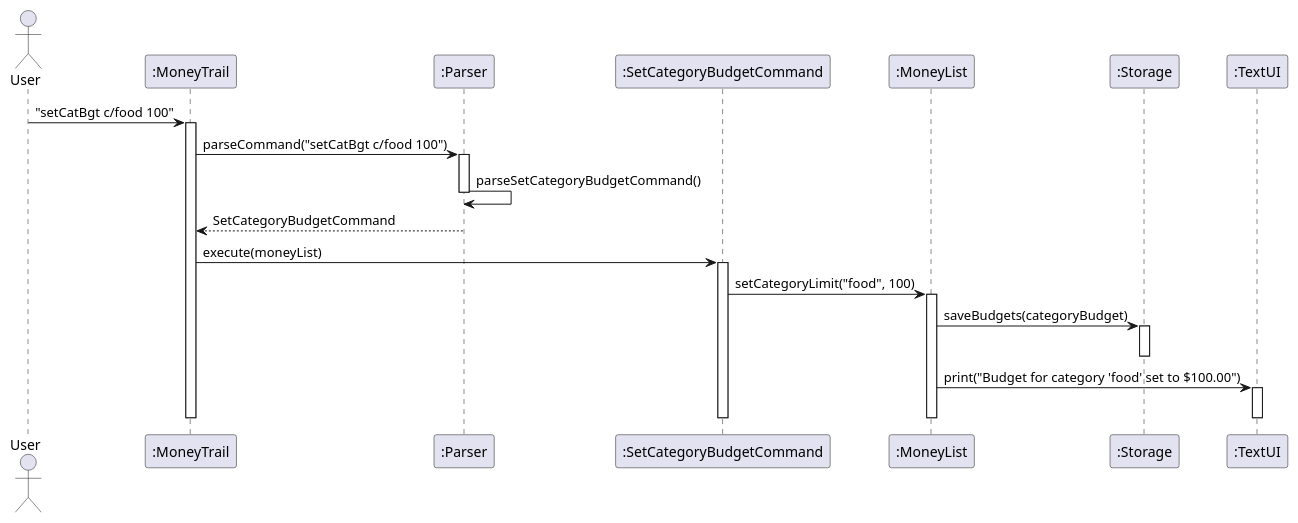
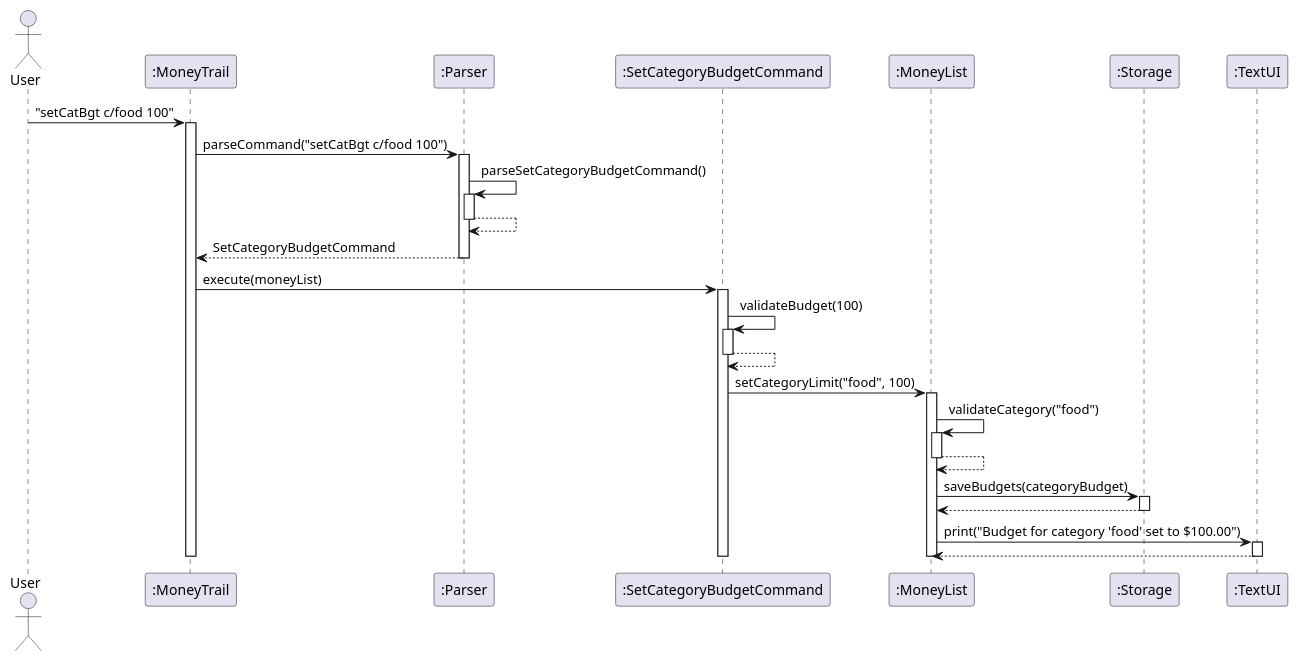
The diagram in docs/diagrams/Set_Category_Budget.puml (EdwinTun98/tp), drawn with PlantUML before and after one commit. The commit also changed 1 other file, not shown here.

```diff
--- a/docs/diagrams/Set_Category_Budget.puml
+++ b/docs/diagrams/Set_Category_Budget.puml
@@ -1,35 +1,53 @@
 @startuml
 actor User
 participant MoneyTrail as ":MoneyTrail"
 participant Parser as ":Parser"
 participant SetCategoryBudgetCommand as ":SetCategoryBudgetCommand"
 participant MoneyList as ":MoneyList"
 participant Storage as ":Storage"
 participant TextUI as ":TextUI"
 
 User -> MoneyTrail : "setCatBgt c/food 100"
 activate MoneyTrail
 
 MoneyTrail -> Parser : parseCommand("setCatBgt c/food 100")
 activate Parser
+
 Parser -> Parser : parseSetCategoryBudgetCommand()
+activate Parser
+Parser --> Parser
 deactivate Parser
+
 Parser --> MoneyTrail : SetCategoryBudgetCommand
+deactivate Parser
 
 MoneyTrail -> SetCategoryBudgetCommand : execute(moneyList)
 activate SetCategoryBudgetCommand
+
+SetCategoryBudgetCommand -> SetCategoryBudgetCommand: validateBudget(100)
+activate SetCategoryBudgetCommand
+SetCategoryBudgetCommand --> SetCategoryBudgetCommand
+deactivate SetCategoryBudgetCommand
+
 SetCategoryBudgetCommand -> MoneyList : setCategoryLimit("food", 100)
 activate MoneyList
 
+MoneyList -> MoneyList: validateCategory("food")
+activate MoneyList
+MoneyList --> MoneyList
+deactivate MoneyList
+
 MoneyList -> Storage : saveBudgets(categoryBudget)
 activate Storage
+Storage --> MoneyList :
 deactivate Storage
 
 MoneyList -> TextUI : print("Budget for category 'food' set to $100.00")
 activate TextUI
+TextUI --> MoneyList :
 deactivate TextUI
 
 deactivate MoneyList
 deactivate SetCategoryBudgetCommand
 deactivate MoneyTrail
 @enduml
```
